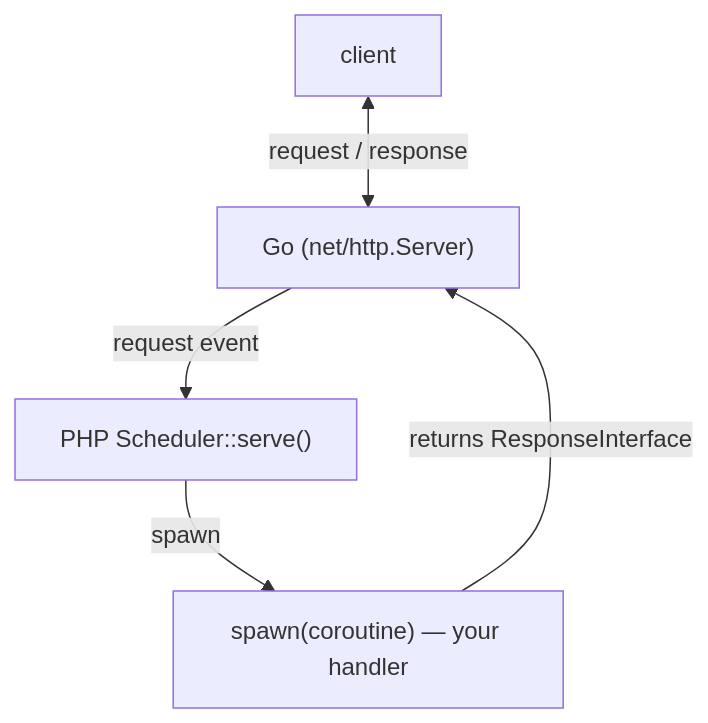
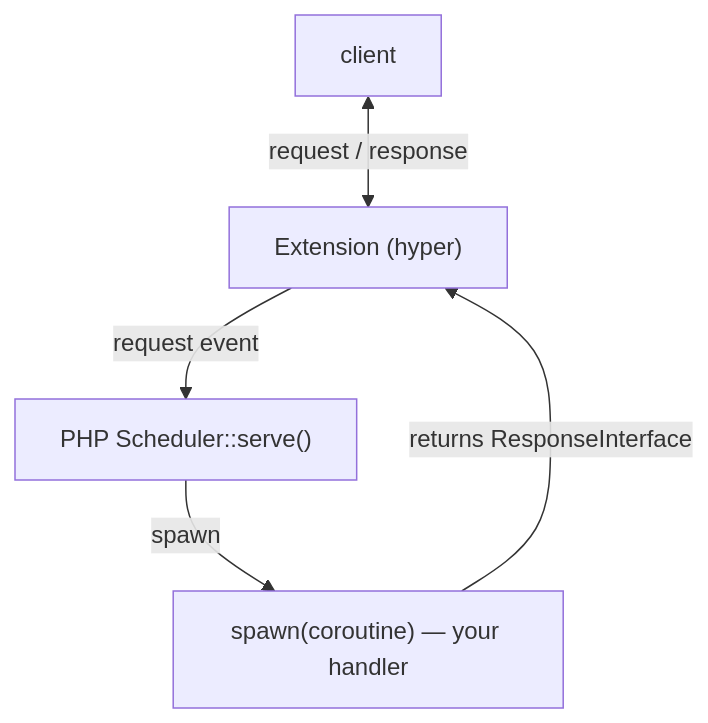
Before and after one commit to sprust/sconcur: the first of 3 diagrams in docs/http-server.md, drawn with Mermaid. The commit also changed other lines of this file and 46 other files, not shown here.

````diff
--- a/docs/http-server.md
+++ b/docs/http-server.md
@@ -51,12 +51,12 @@
 ```mermaid
 flowchart TB
     Client["client"]
-    Go["Go (net/http.Server)"]
+    EXT["Extension (hyper)"]
     Sched["PHP Scheduler::serve()"]
     Handler["spawn(coroutine) — your handler"]
 
-    Client <-->|"request / response"| Go
-    Go -->|"request event"| Sched
+    Client <-->|"request / response"| EXT
+    EXT -->|"request event"| Sched
     Sched -->|"spawn"| Handler
-    Handler -->|"returns ResponseInterface"| Go
+    Handler -->|"returns ResponseInterface"| EXT
 ```
````
